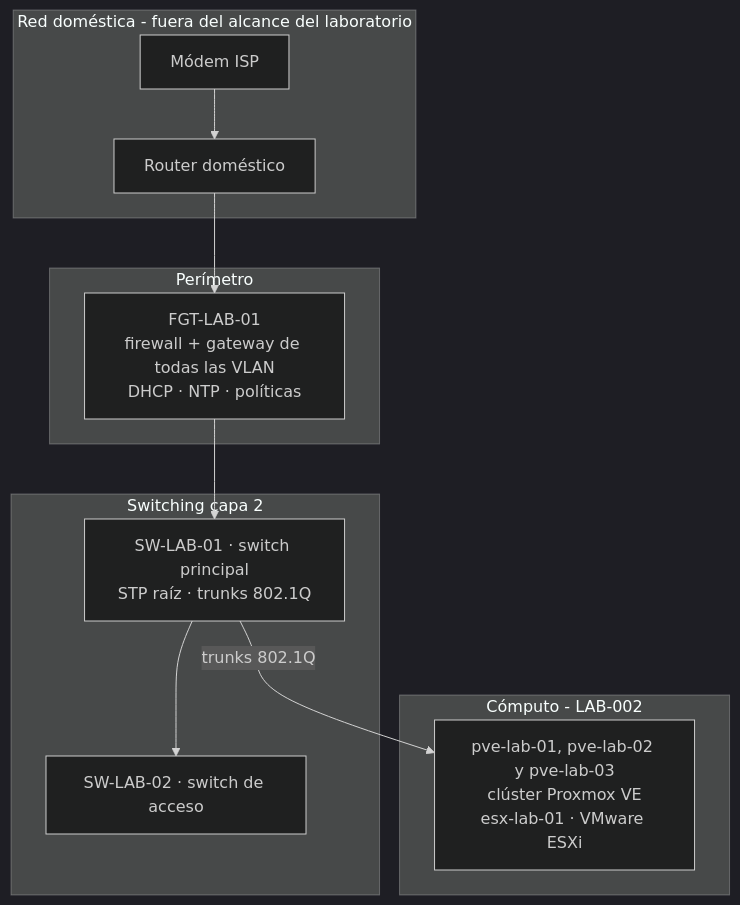
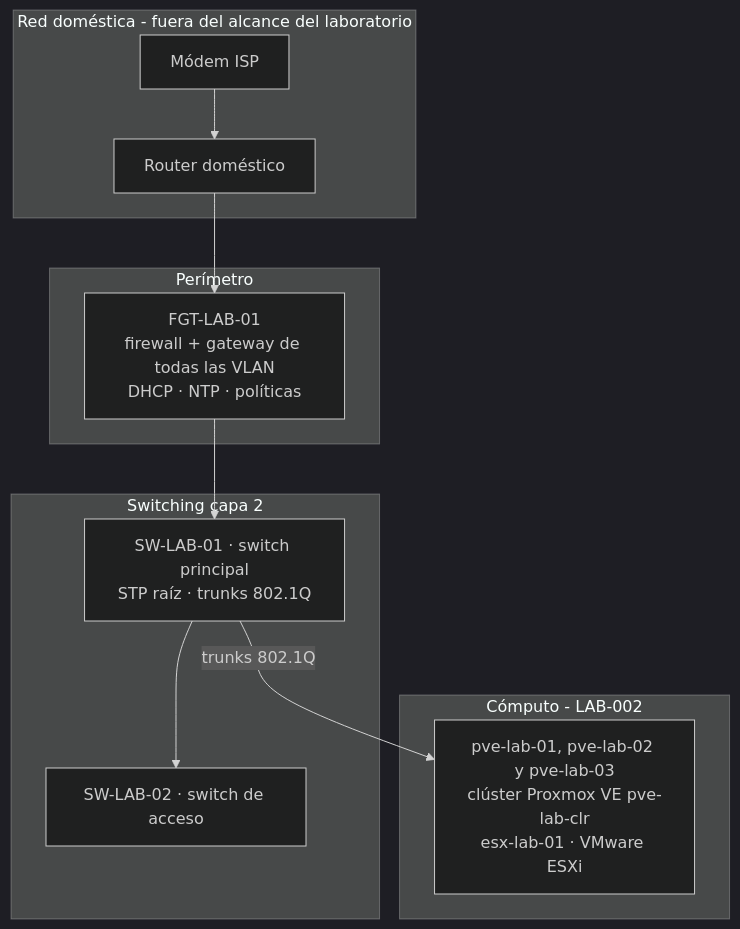
The first of 4 diagrams in docs/architecture.md (Alce1551/EICL-HOMELAB), drawn with Mermaid (dark theme) before and after one commit. The commit also changed other lines of this file and 54 other files, not shown here.

````diff
--- a/docs/architecture.md
+++ b/docs/architecture.md
@@ -11,19 +11,19 @@
 ```mermaid
 flowchart TB
     subgraph Externa[Red doméstica - fuera del alcance del laboratorio]
         ISP[Módem ISP] --> ARC[Router doméstico]
     end
     subgraph Perimetro[Perímetro]
         FGT[FGT-LAB-01<br/>firewall + gateway de todas las VLAN<br/>DHCP · NTP · políticas]
     end
     subgraph Distribucion[Switching capa 2]
         SW1[SW-LAB-01 · switch principal<br/>STP raíz · trunks 802.1Q]
         SW2[SW-LAB-02 · switch de acceso]
     end
     subgraph Computo[Cómputo - LAB-002]
-        NOD[pve-lab-01, pve-lab-02 y pve-lab-03<br/>clúster Proxmox VE<br/>esx-lab-01 · VMware ESXi]
+        NOD[pve-lab-01, pve-lab-02 y pve-lab-03<br/>clúster Proxmox VE pve-lab-clr<br/>esx-lab-01 · VMware ESXi]
     end
     ARC --> FGT
     FGT --> SW1 --> SW2
     SW1 -->|trunks 802.1Q| NOD
 ```
````
